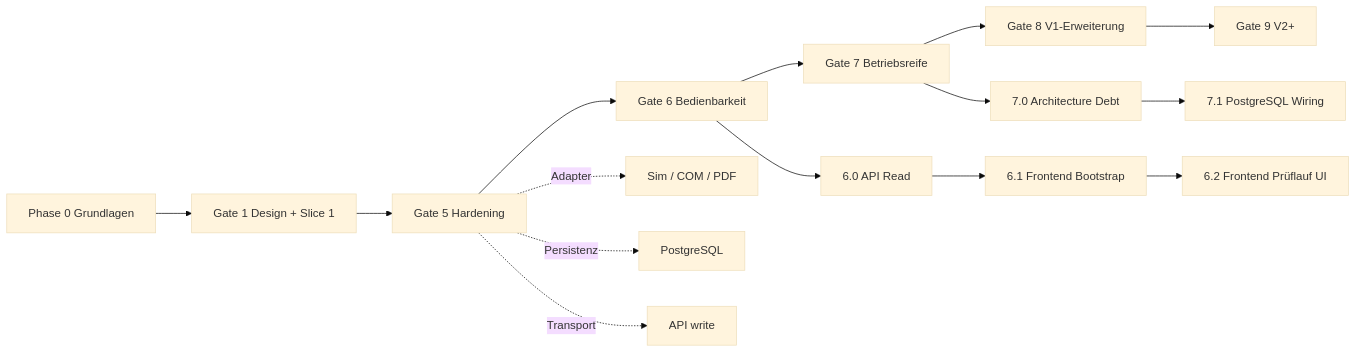
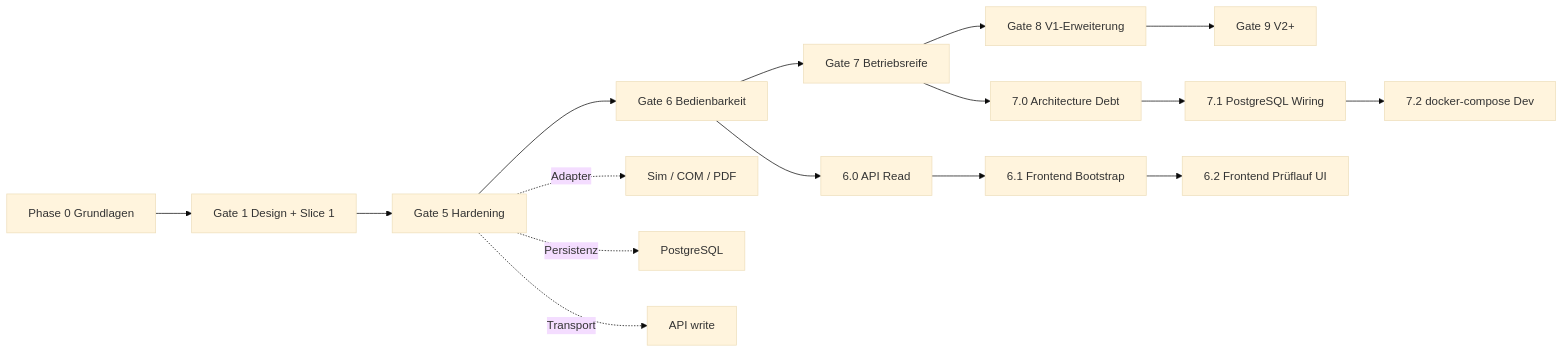
Before and after one commit to Rei1000/PWE: the diagram in docs/roadmap.md, drawn with Mermaid (base theme). The commit also changed other lines of this file and 8 other files, not shown here.

Commit message:
feat: add docker-compose dev stack for API and PostgreSQL

````diff
--- a/docs/roadmap.md
+++ b/docs/roadmap.md
@@ -24,20 +24,21 @@
 ```mermaid
 flowchart LR
   P0[Phase 0 Grundlagen] --> G1[Gate 1 Design + Slice 1]
   G1 --> G5[Gate 5 Hardening]
   G5 --> G6[Gate 6 Bedienbarkeit]
   G6 --> G7[Gate 7 Betriebsreife]
   G7 --> G8[Gate 8 V1-Erweiterung]
   G8 --> G9[Gate 9 V2+]
 
   G6 --> G6a[6.0 API Read]
   G6a --> G6b[6.1 Frontend Bootstrap]
   G6b --> G6c[6.2 Frontend Prüflauf UI]
 
   G7 --> G7d[7.0 Architecture Debt]
   G7d --> G7a[7.1 PostgreSQL Wiring]
+  G7a --> G7b[7.2 docker-compose Dev]
 
   G5 -.->|Adapter| G5a[Sim / COM / PDF]
   G5 -.->|Persistenz| G5b[PostgreSQL]
   G5 -.->|Transport| G5c[API write]
 ```
````
